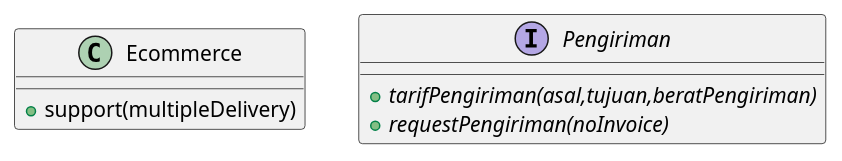
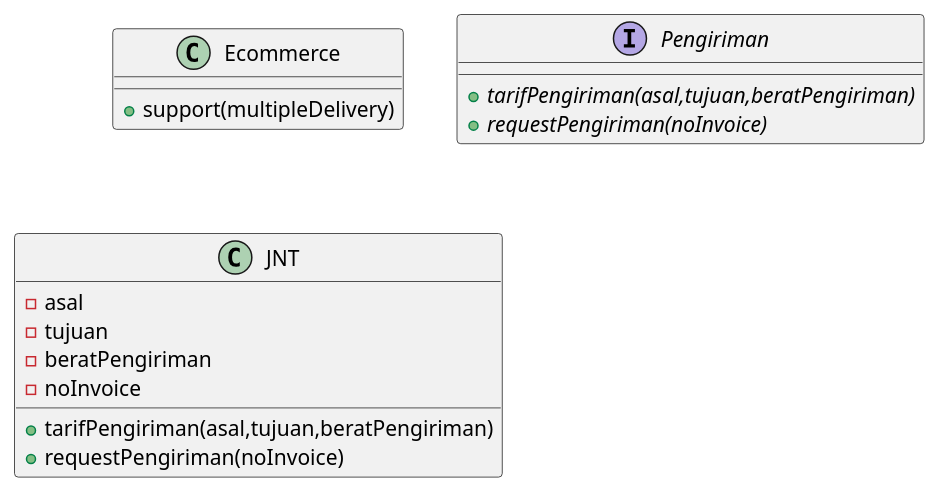
The diagram in Kelompok 1/umlkelompok1.plantuml (hidayatmukti/pbpu-b-2022), drawn with PlantUML before and after one commit.

```diff
--- a/Kelompok 1/umlkelompok1.plantuml
+++ b/Kelompok 1/umlkelompok1.plantuml
@@ -1,12 +1,21 @@
 @startuml
 
     class  Ecommerce {
       +support(multipleDelivery)
     }
 
     interface Pengiriman{
       +{abstract} tarifPengiriman(asal,tujuan,beratPengiriman)
       +{abstract} requestPengiriman(noInvoice)
     }
 
+    class JNT {
+     -asal
+     -tujuan
+     -beratPengiriman
+     -noInvoice
+     +tarifPengiriman(asal,tujuan,beratPengiriman)
+     +requestPengiriman(noInvoice)
+  }
+
 @enduml
```
